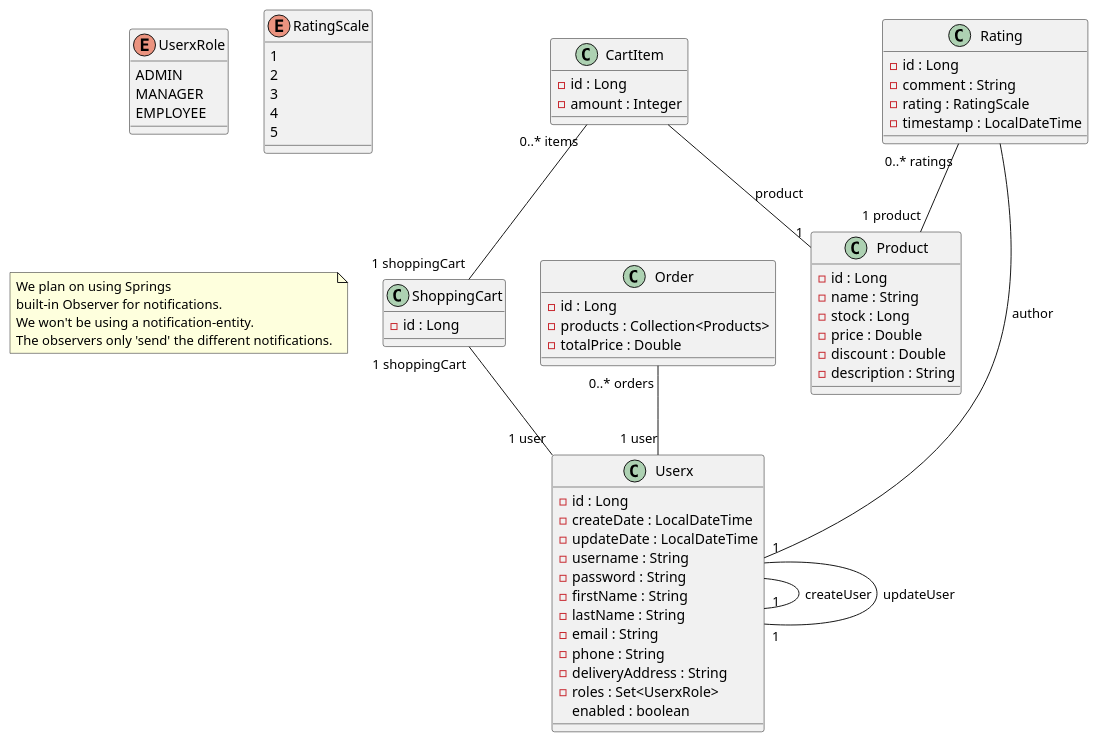
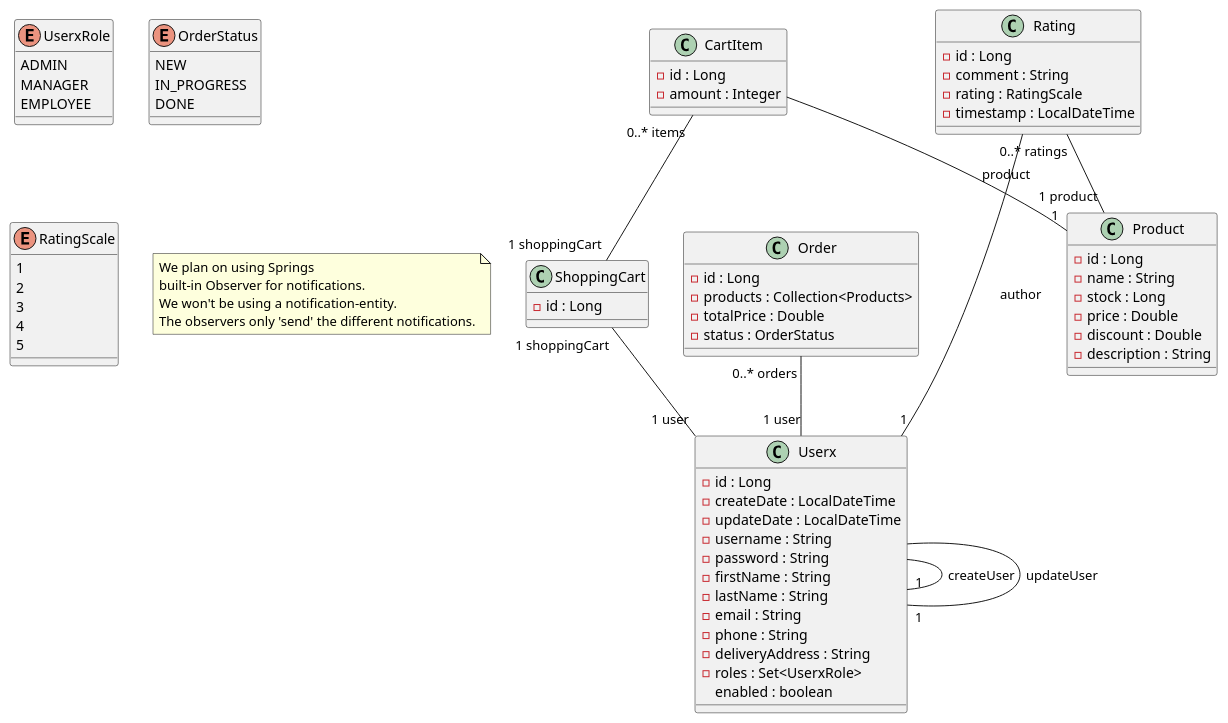
One commit to ayleen-eden/retro-duck-webshop changed the diagram in UML/technical_uml.puml. Above: the diagram before and after it, drawn with PlantUML. The commit also changed 7 other files, not shown here.

Commit message:
merged both sequence umls for detailed workflow added status to Order in technical and overview uml

```diff
--- a/UML/technical_uml.puml
+++ b/UML/technical_uml.puml
@@ -1,79 +1,86 @@
 @startuml
 
 class Userx {
   - id : Long
   - createDate : LocalDateTime
   - updateDate : LocalDateTime
   - username : String
   - password : String
   - firstName : String
   - lastName : String
   - email : String
   - phone : String
   - deliveryAddress : String
   - roles : Set<UserxRole>
   enabled : boolean
   
 }
 
 Userx -- "1" Userx : createUser
 Userx -- "1" Userx : updateUser
 
 enum UserxRole {
   ADMIN
   MANAGER
   EMPLOYEE
 }
 
 class Product {
  - id : Long
  - name : String
  - stock : Long
  - price : Double
  - discount : Double
  - description : String
 }
 
 
 class ShoppingCart {
  - id : Long
 }
 
 ShoppingCart "1 shoppingCart"  -- "1 user" Userx
 
 class Order {
   - id : Long
   - products : Collection<Products>
   - totalPrice : Double
+  - status : OrderStatus
+}
+
+enum OrderStatus {
+  NEW
+  IN_PROGRESS
+  DONE
 }
 
 Order "0..* orders" -- "1 user" Userx
 
 class Rating {
   - id : Long
   - comment : String
   - rating : RatingScale
   - timestamp : LocalDateTime
 }
 
 Rating -- "1" Userx : author
 Rating "0..* ratings" -- "1 product" Product 
 
 enum RatingScale {
   1
   2
   3
   4
   5
 }
 
 note "We plan on using Springs\nbuilt-in Observer for notifications.\nWe won't be using a notification-entity.\nThe observers only 'send' the different notifications." as N1
 
 class CartItem {
   - id : Long
   - amount : Integer
 }
 CartItem -- "1" Product : product
 CartItem "0..* items" -- "1 shoppingCart" ShoppingCart
 
 @enduml
```
